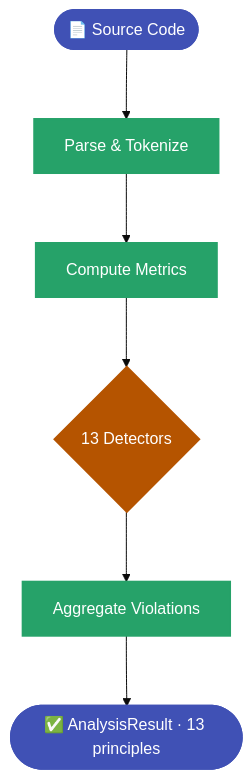
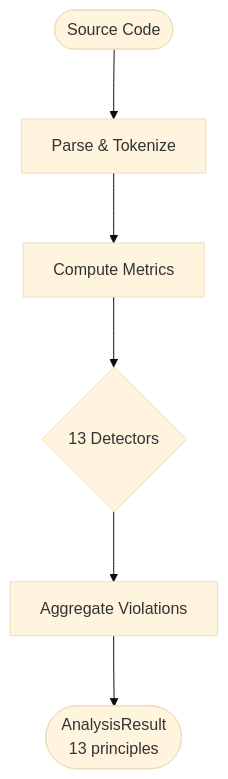
Before and after one commit to Anselmoo/mcp-zen-of-languages: the third of 4 diagrams in docs/user-guide/languages/cpp.md, drawn with Mermaid. The commit also changed other lines of this file and 18 other files, not shown here.

````diff
--- a/docs/user-guide/languages/cpp.md
+++ b/docs/user-guide/languages/cpp.md
@@ -456,16 +398,9 @@
     ```mermaid
-%%{init: {"theme": "base", "flowchart": {"useMaxWidth": false, "htmlLabels": true, "nodeSpacing": 50, "rankSpacing": 70}}}%%
+    %%{init: {"theme": "base", "flowchart": {"useMaxWidth": false, "htmlLabels": true, "nodeSpacing": 50, "rankSpacing": 70}}}%%
     flowchart TD
-    Source(["📄 Source Code"]) --> Parse["Parse & Tokenize"]
+    Source(["Source Code"]) --> Parse["Parse & Tokenize"]
     Parse --> Metrics["Compute Metrics"]
     Metrics --> Pipeline{"13 Detectors"}
     Pipeline --> Collect["Aggregate Violations"]
-    Collect --> Result(["✅ AnalysisResult · 13 principles"])
-
-    classDef io fill:#4051b5,color:#ffffff,stroke:#4051b5,stroke-width:2px
-    classDef process fill:#26a269,color:#ffffff,stroke:#26a269,stroke-width:2px
-    classDef decision fill:#b55400,color:#ffffff,stroke:#b55400,stroke-width:2px
-    class Source,Result io
-    class Parse,Metrics,Collect process
-    class Pipeline decision
+    Collect --> Result(["AnalysisResult<br/>13 principles"])
     ```
````
